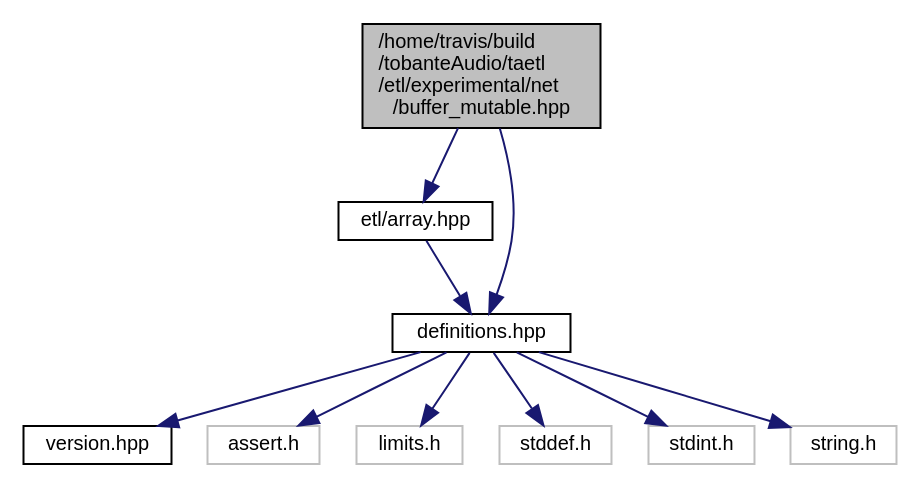
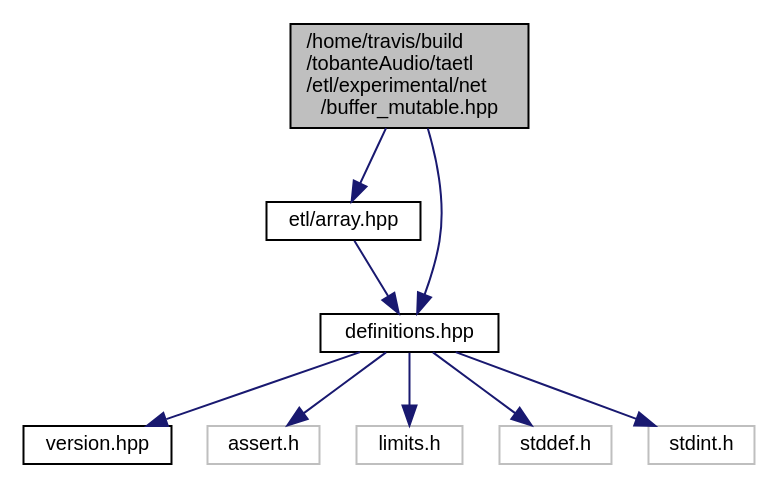
Before and after one commit to tobanteAudio/taetl: the diagram in buffer__mutable_8hpp__incl.dot, drawn with Graphviz. The commit also changed 128 other files, not shown here.

```diff
--- a/buffer__mutable_8hpp__incl.dot
+++ b/buffer__mutable_8hpp__incl.dot
@@ -1,23 +1,21 @@
 digraph "/home/travis/build/tobanteAudio/taetl/etl/experimental/net/buffer_mutable.hpp"
 {
   edge [fontname="Helvetica",fontsize="10",labelfontname="Helvetica",labelfontsize="10"];
   node [fontname="Helvetica",fontsize="10",shape=record];
   Node0 [label="/home/travis/build\l/tobanteAudio/taetl\l/etl/experimental/net\l/buffer_mutable.hpp",height=0.2,width=0.4,color="black", fillcolor="grey75", style="filled", fontcolor="black"];
   Node0 -> Node1 [color="midnightblue",fontsize="10",style="solid",fontname="Helvetica"];
   Node1 [label="etl/array.hpp",height=0.2,width=0.4,color="black", fillcolor="white", style="filled",URL="$array_8hpp.html"];
   Node1 -> Node2 [color="midnightblue",fontsize="10",style="solid",fontname="Helvetica"];
   Node2 [label="definitions.hpp",height=0.2,width=0.4,color="black", fillcolor="white", style="filled",URL="$definitions_8hpp.html"];
   Node2 -> Node3 [color="midnightblue",fontsize="10",style="solid",fontname="Helvetica"];
   Node3 [label="version.hpp",height=0.2,width=0.4,color="black", fillcolor="white", style="filled",URL="$version_8hpp.html"];
   Node2 -> Node4 [color="midnightblue",fontsize="10",style="solid",fontname="Helvetica"];
   Node4 [label="assert.h",height=0.2,width=0.4,color="grey75", fillcolor="white", style="filled"];
   Node2 -> Node5 [color="midnightblue",fontsize="10",style="solid",fontname="Helvetica"];
   Node5 [label="limits.h",height=0.2,width=0.4,color="grey75", fillcolor="white", style="filled"];
   Node2 -> Node6 [color="midnightblue",fontsize="10",style="solid",fontname="Helvetica"];
   Node6 [label="stddef.h",height=0.2,width=0.4,color="grey75", fillcolor="white", style="filled"];
   Node2 -> Node7 [color="midnightblue",fontsize="10",style="solid",fontname="Helvetica"];
   Node7 [label="stdint.h",height=0.2,width=0.4,color="grey75", fillcolor="white", style="filled"];
-  Node2 -> Node8 [color="midnightblue",fontsize="10",style="solid",fontname="Helvetica"];
-  Node8 [label="string.h",height=0.2,width=0.4,color="grey75", fillcolor="white", style="filled"];
   Node0 -> Node2 [color="midnightblue",fontsize="10",style="solid",fontname="Helvetica"];
 }
```
